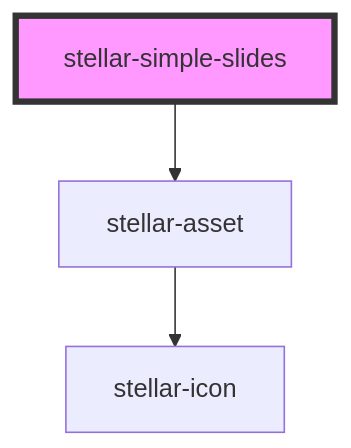
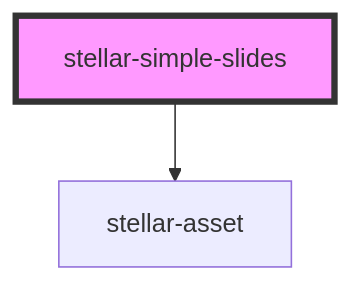
Before and after one commit to splitinfinities/Stellar: the diagram in src/components/motion/simple-slides/readme.md, drawn with Mermaid. The commit also changed 49 other files, not shown here.

````diff
--- a/src/components/motion/simple-slides/readme.md
+++ b/src/components/motion/simple-slides/readme.md
@@ -23,6 +23,5 @@
 ```mermaid
 graph TD;
   stellar-simple-slides --> stellar-asset
-  stellar-asset --> stellar-icon
   style stellar-simple-slides fill:#f9f,stroke:#333,stroke-width:4px
 ```
````
